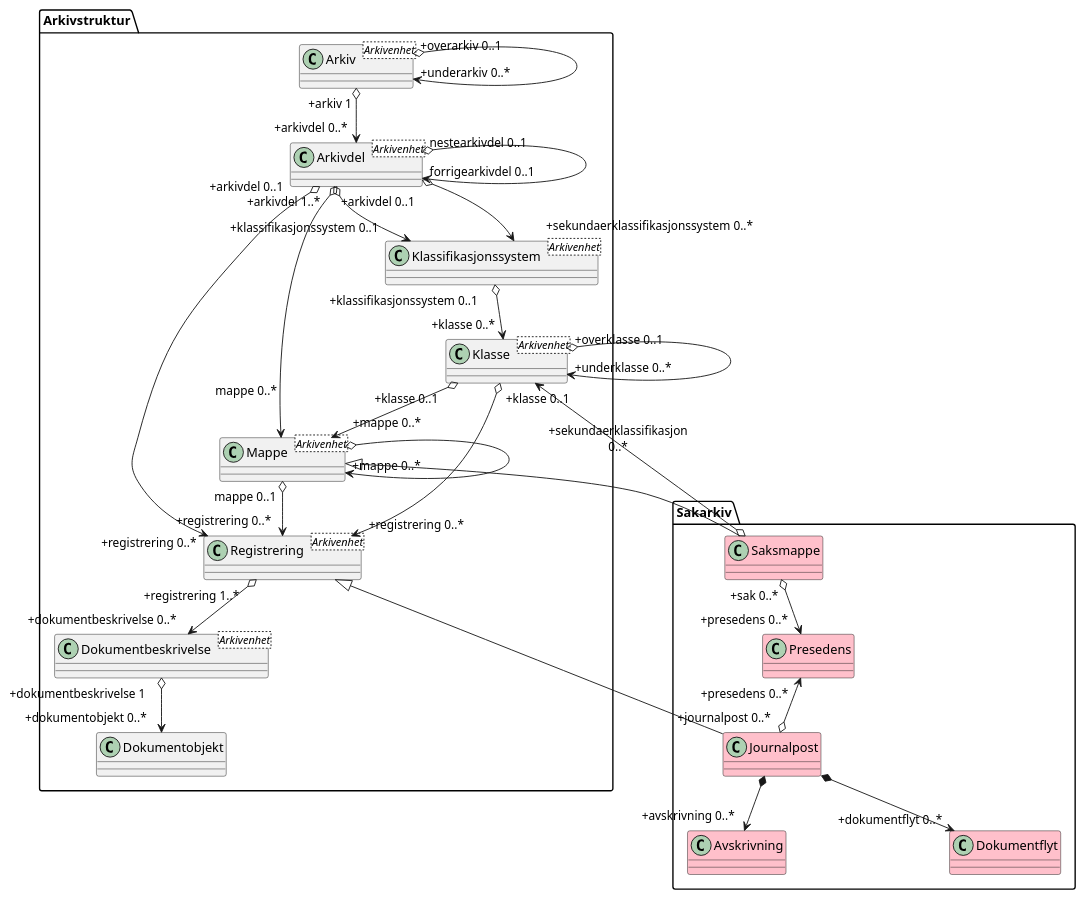
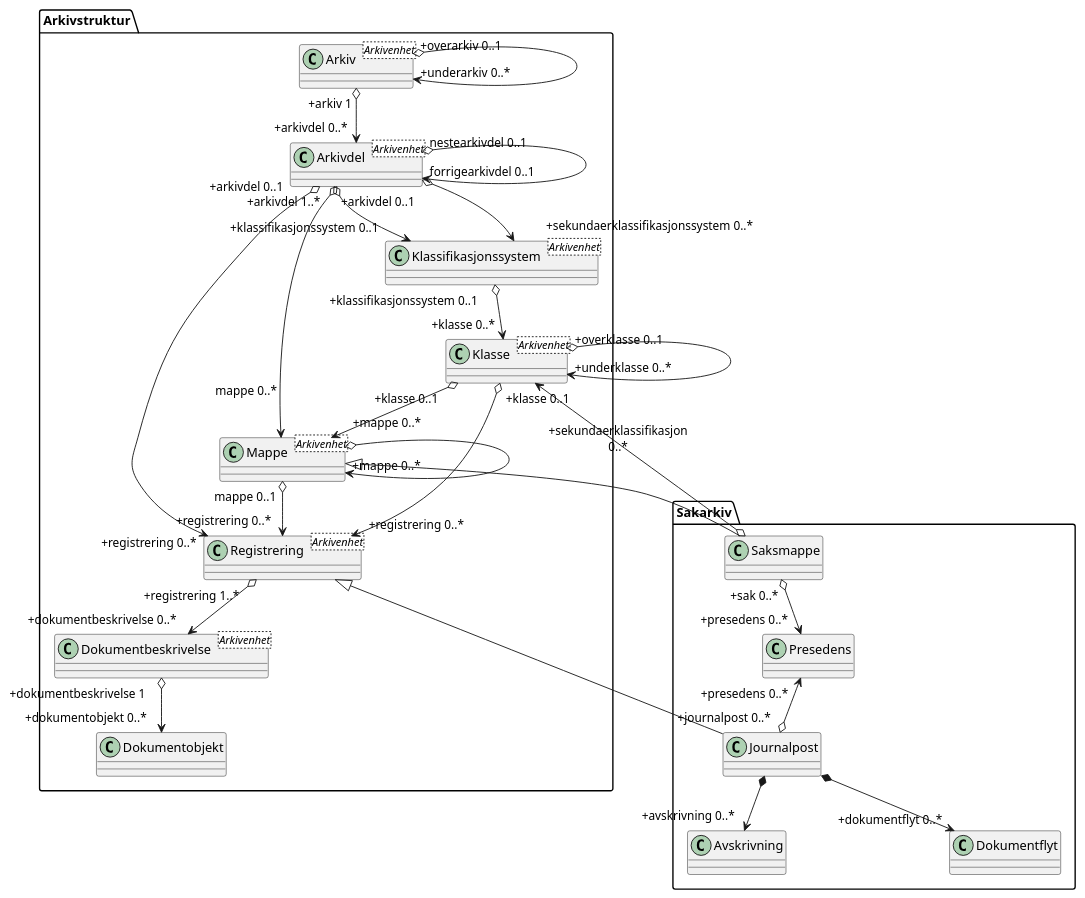
The diagram in kapitler/media/uml-hovedmodell-saksbehandling.puml (arkivverket/noark5-tjenestegrensesnitt-standard), drawn with PlantUML before and after one commit. The commit also changed 1 other file, not shown here.

Commit message:
Bruk samme farge i alle UML-diagrammer.

```diff
--- a/kapitler/media/uml-hovedmodell-saksbehandling.puml
+++ b/kapitler/media/uml-hovedmodell-saksbehandling.puml
@@ -1,40 +1,40 @@
 @startuml
 skinparam classAttributeIconSize 0
 skinparam nodesep 180
 
 class Arkivstruktur.Arkiv <Arkivenhet>
 class Arkivstruktur.Arkivdel <Arkivenhet>
 class Arkivstruktur.Klassifikasjonssystem <Arkivenhet>
 class Arkivstruktur.Klasse <Arkivenhet>
 class Arkivstruktur.Mappe <Arkivenhet>
 class Arkivstruktur.Registrering <Arkivenhet>
 class Arkivstruktur.Dokumentbeskrivelse <Arkivenhet>
-class Sakarkiv.Saksmappe #pink
-class Sakarkiv.Presedens #pink
-class Sakarkiv.Journalpost #pink
-class Sakarkiv.Avskrivning #pink
-class Sakarkiv.Dokumentflyt #pink
+class Sakarkiv.Saksmappe
+class Sakarkiv.Presedens
+class Sakarkiv.Journalpost
+class Sakarkiv.Avskrivning
+class Sakarkiv.Dokumentflyt
 
 Arkivstruktur.Arkiv "+overarkiv 0..1" o-> "+underarkiv 0..*" Arkivstruktur.Arkiv
 Arkivstruktur.Arkiv "+arkiv 1" o--> "+arkivdel 0..*" Arkivstruktur.Arkivdel
 Arkivstruktur.Arkivdel "nestearkivdel 0..1" o--> "forrigearkivdel 0..1" Arkivstruktur.Arkivdel
 Arkivstruktur.Arkivdel "+arkivdel 1..*" o--> "+klassifikasjonssystem 0..1" Arkivstruktur.Klassifikasjonssystem
 Arkivstruktur.Arkivdel o--> "+sekundaerklassifikasjonssystem 0..*" Arkivstruktur.Klassifikasjonssystem
 Arkivstruktur.Klassifikasjonssystem "+klassifikasjonssystem 0..1" o--> "+klasse 0..*" Arkivstruktur.Klasse
 Arkivstruktur.Klasse "+overklasse 0..1" o--> "+underklasse 0..*" Arkivstruktur.Klasse
 Arkivstruktur.Klasse "+klasse 0..1" o--> "+mappe 0..*" Arkivstruktur.Mappe
 Arkivstruktur.Mappe o--> "+mappe 0..*" Arkivstruktur.Mappe
 Arkivstruktur.Mappe <|-- Sakarkiv.Saksmappe
 Arkivstruktur.Klasse "\n\n+sekundaerklassifikasjon\n0..*" <--o Sakarkiv.Saksmappe
 Arkivstruktur.Mappe "mappe 0..1" o--> "+registrering 0..*" Arkivstruktur.Registrering
 Arkivstruktur.Mappe "mappe 0..*\n\n" <--o "+arkivdel 0..1" Arkivstruktur.Arkivdel
 Arkivstruktur.Klasse "+klasse 0..1" o--> "+registrering 0..*" Arkivstruktur.Registrering
 Arkivstruktur.Registrering "+registrering 1..*" o--> "+dokumentbeskrivelse 0..*" Arkivstruktur.Dokumentbeskrivelse
 Arkivstruktur.Registrering "+registrering 0..*" <--o "+arkivdel 0..1" Arkivstruktur.Arkivdel
 Arkivstruktur.Dokumentbeskrivelse "+dokumentbeskrivelse 1" o--> "+dokumentobjekt 0..*" Arkivstruktur.Dokumentobjekt
 Sakarkiv.Saksmappe "+sak 0..*" o--> "+presedens 0..*" Sakarkiv.Presedens
 Arkivstruktur.Registrering <|-- Sakarkiv.Journalpost
 Sakarkiv.Presedens "+presedens 0..*" <--o "+journalpost 0..*" Sakarkiv.Journalpost
 Sakarkiv.Journalpost *--> "+avskrivning 0..*" Sakarkiv.Avskrivning
 Sakarkiv.Journalpost *--> "+dokumentflyt 0..*" Sakarkiv.Dokumentflyt
 @enduml
```
